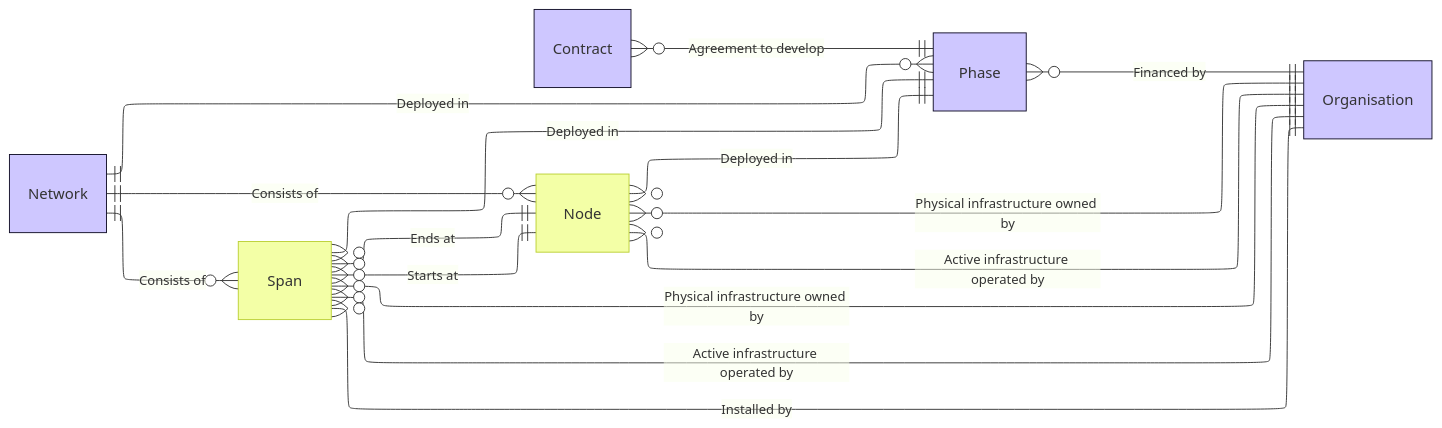
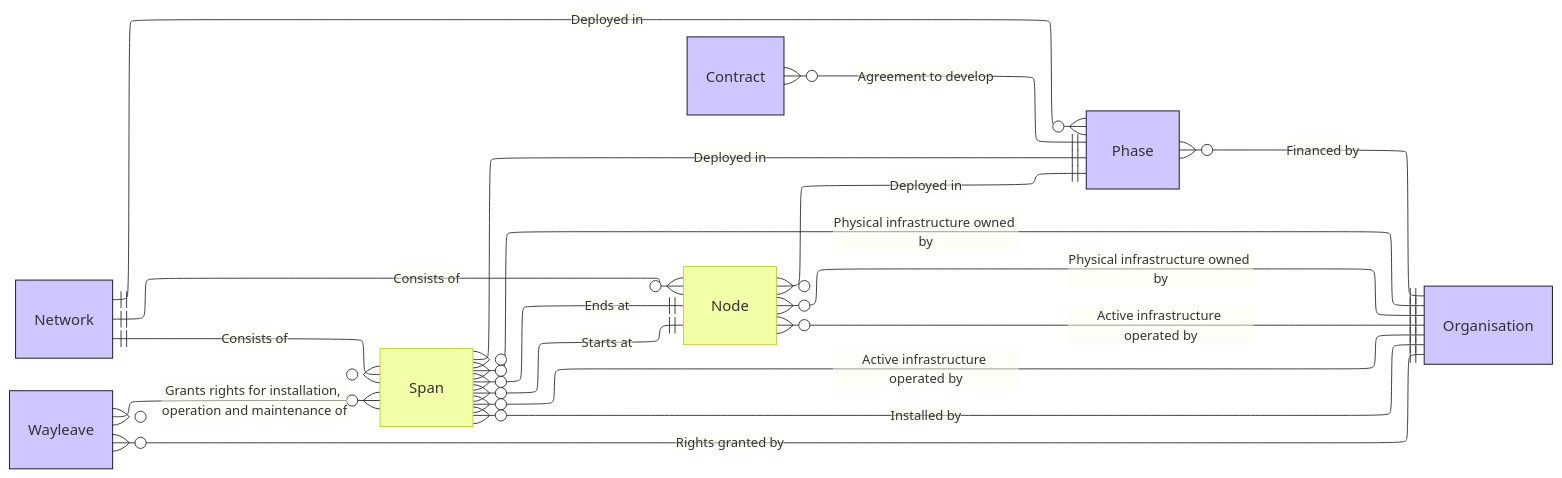
The diagram in docs/reference/data_model.mmd (Open-Telecoms-Data/open-fibre-data-standard), drawn with Mermaid before and after one commit. The commit also changed 23 other files, not shown here.

Commit message:
schema: Add wayleaves

```diff
--- a/docs/reference/data_model.mmd
+++ b/docs/reference/data_model.mmd
@@ -1,44 +1,49 @@
 ---
 config:
   layout: elk
 ---
 erDiagram
     Network {
     }
     
     Contract {
     }
 
     Node {
     }
 
     Organisation {
     }
 
     Phase {
     }
 
     Span {
     }
 
+    Wayleave {
+    }
+
     Network ||--o{ Node : "Consists of"
     Network ||--o{ Span : "Consists of"
     Network ||--o{ Phase : "Deployed in"
     Node }o--|| Organisation : "Physical infrastructure owned by"
     Node }o--|| Organisation : "Active infrastructure operated by"
     Node }o--|| Phase : "Deployed in"
     Span }o--|| Node : "Starts at"
     Span }o--|| Node : "Ends at"
     Span }o--|| Organisation : "Physical infrastructure owned by"
     Span }o--|| Organisation : "Active infrastructure operated by"    
     Span }o--|| Organisation : "Installed by"
     Span }o--|| Phase : "Deployed in"
     Contract }o--|| Phase: "Agreement to develop"
     Phase }o--|| Organisation: "Financed by"
+    Wayleave }o--o{ Span: "Grants rights for installation, operation and maintenance of"
+    Wayleave }o--|| Organisation: "Rights granted by"
 
     classDef spatial fill:#f3ffa6ff,stroke:#bbd034
     classDef non-spatial fill:#cec7ffff,stroke:#110e27
 
     class Node,Span spatial
-    class Network,Organisation,Phase,Contract non-spatial
+    class Network,Organisation,Phase,Contract,Wayleave non-spatial
     direction LR
```
